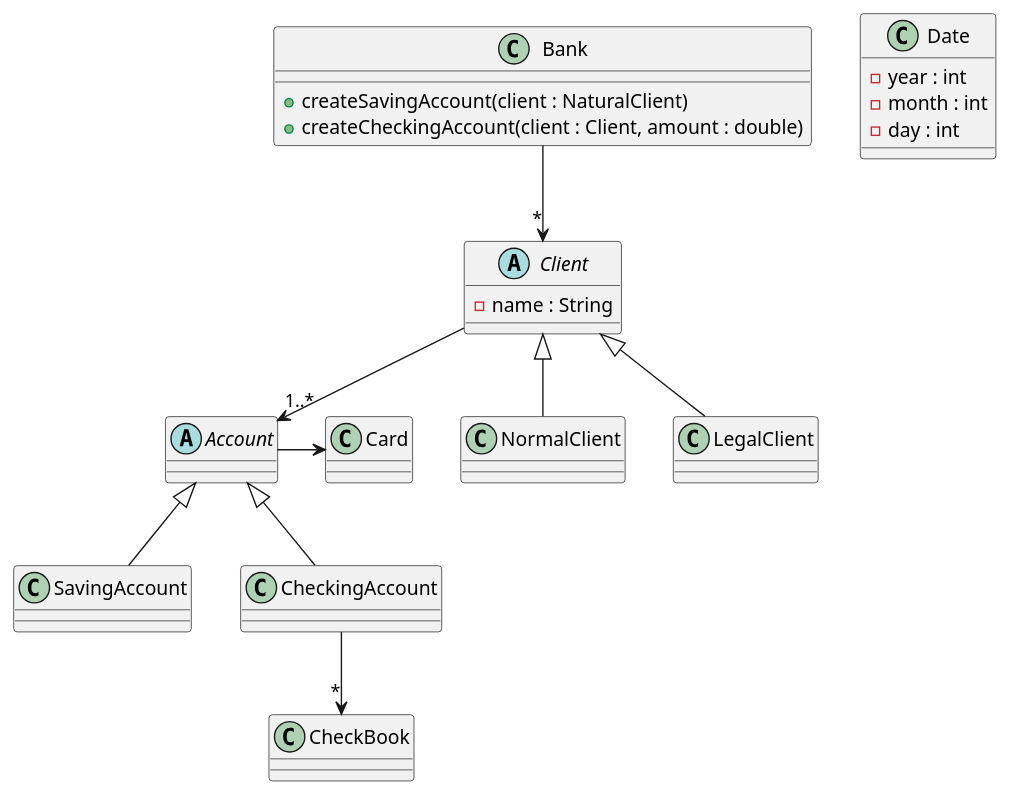
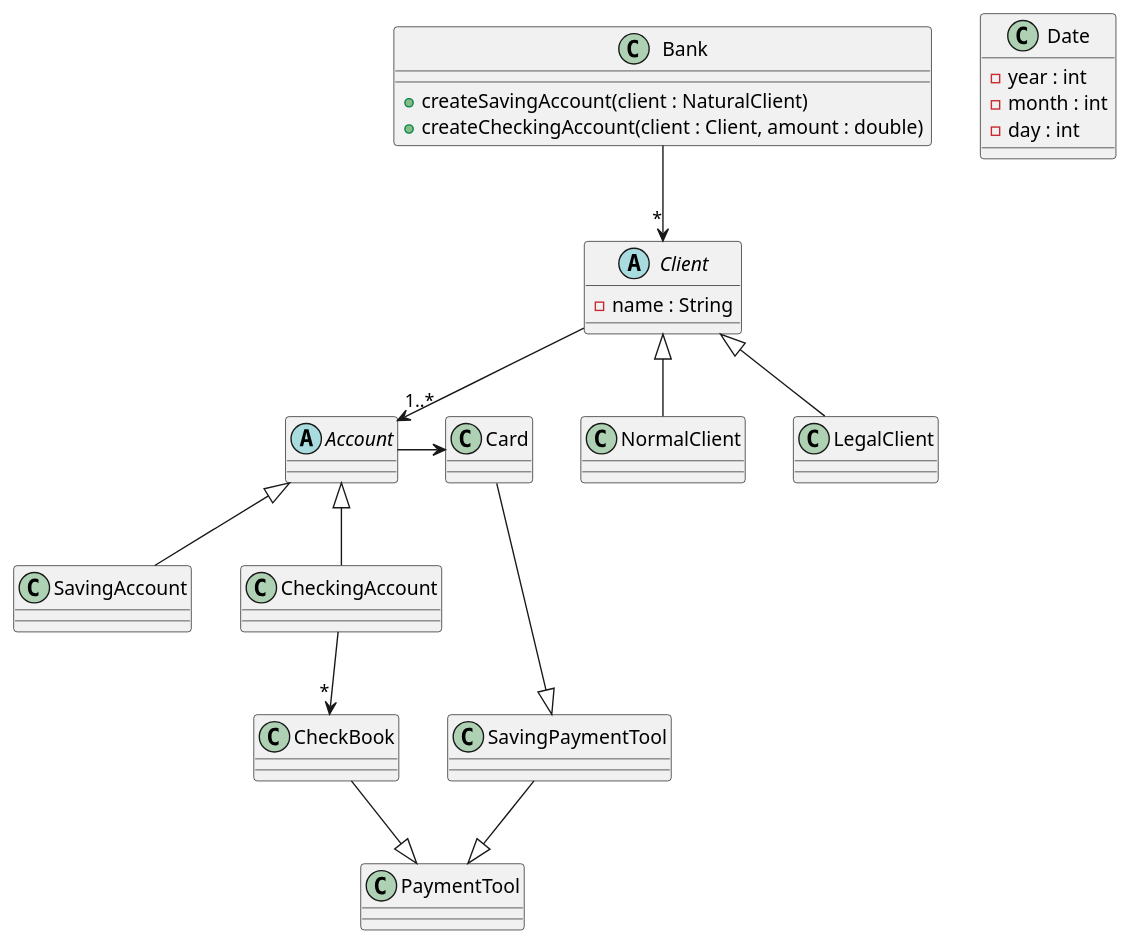
One commit to wesdell/bank_design changed the diagram in src/Bank.puml. Above: the diagram before and after it, drawn with PlantUML. The commit also changed 13 other files, not shown here.

```diff
--- a/src/Bank.puml
+++ b/src/Bank.puml
@@ -1,41 +1,47 @@
 @startuml
 class Bank {
 +createSavingAccount(client : NaturalClient)
 +createCheckingAccount(client : Client, amount : double)
 }
 
 abstract class Account {
 }
 
 class Date {
 -year : int
 -month : int
 -day : int
 }
 
 class SavingAccount {}
 
 class CheckingAccount {}
 
 class Card {}
 
 class CheckBook {}
 
+class PaymentTool {}
+
 abstract class Client {
 -name : String
 }
 
 class NormalClient {}
 
 class LegalClient {}
 
 Bank -->"*" Client
 CheckingAccount -->"*" CheckBook
 Client -->"1..*" Account
 Account -> Card
 
+Card --|> SavingPaymentTool
+CheckBook --|> PaymentTool
+SavingPaymentTool --|> PaymentTool
+
 SavingAccount -u-|> Account
 CheckingAccount -u-|> Account
 NormalClient -u-|> Client
 LegalClient -u-|> Client
 @enduml
```
